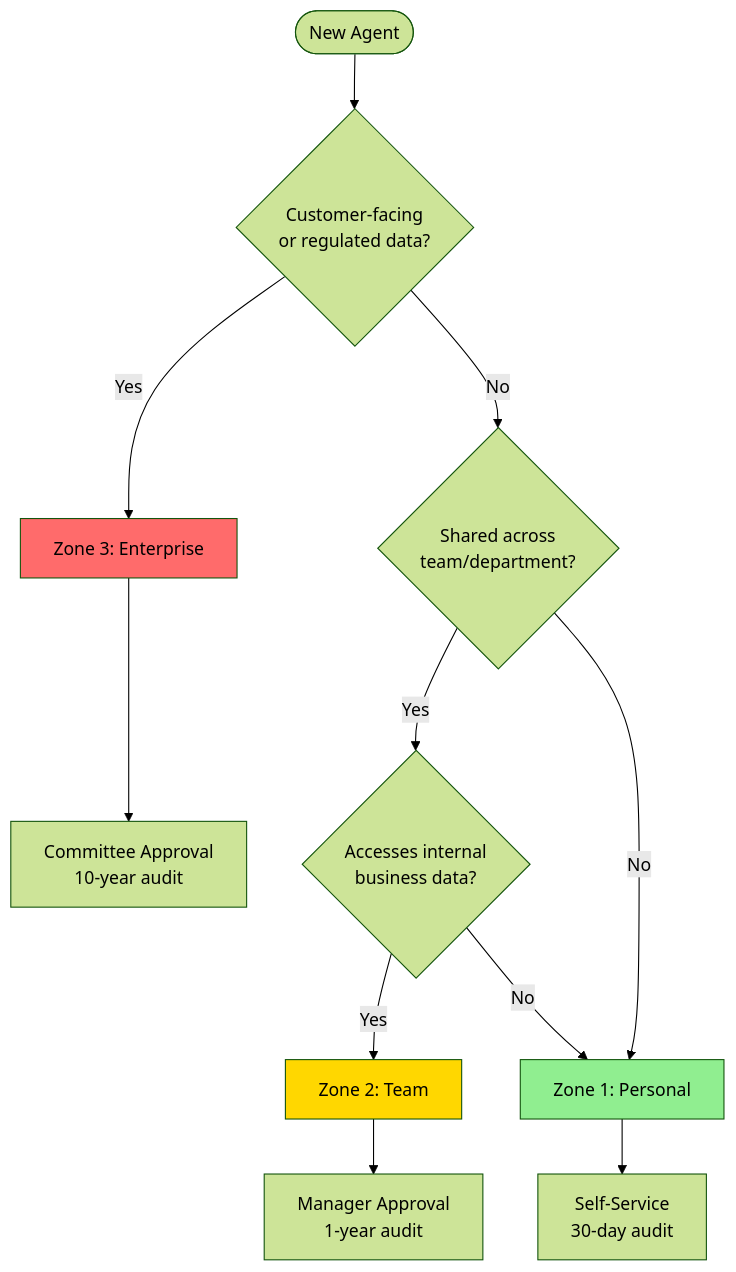
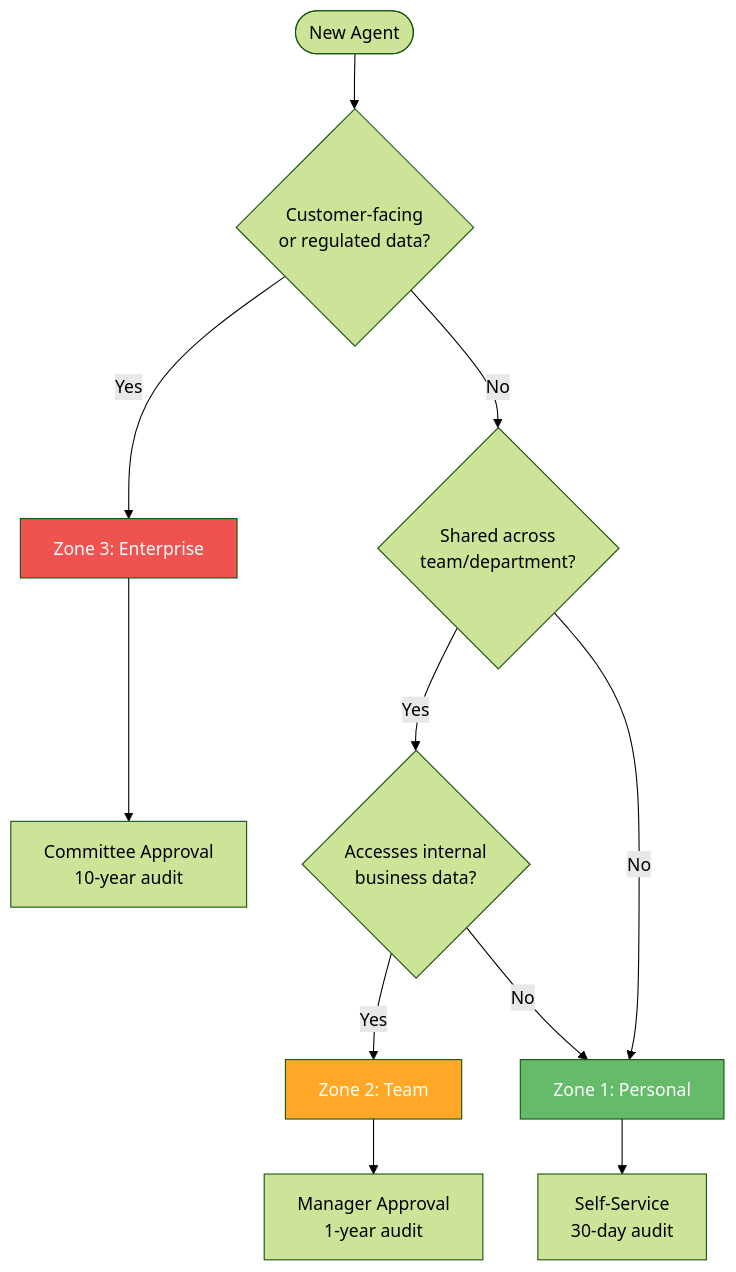
One commit to judeper/FSI-AgentGov changed the second of 2 diagrams in docs/getting-started/zones.md. Above: the diagram before and after it, drawn with Mermaid (forest theme). The commit also changed other lines of this file and 2 other files, not shown here.

Commit message:
Update mermaid diagrams to Material Design color palette
- Replace saturated colors with Material Design 400 series
- Zone colors: Green (#66BB6A), Orange (#FFA726), Red (#EF5350)
- Pillar colors: Blue, Green, Orange, Purple (Material 400)
- Maturity levels: Consistent progression from red to green
- Improves visual consistency and professional appearance

````diff
--- a/docs/getting-started/zones.md
+++ b/docs/getting-started/zones.md
@@ -308,18 +312,18 @@
 ```mermaid
 flowchart TD
     Start([New Agent]) --> Q1{Customer-facing<br/>or regulated data?}
     Q1 -->|Yes| Z3[Zone 3: Enterprise]
     Q1 -->|No| Q2{Shared across<br/>team/department?}
     Q2 -->|Yes| Q3{Accesses internal<br/>business data?}
     Q2 -->|No| Z1[Zone 1: Personal]
     Q3 -->|Yes| Z2[Zone 2: Team]
     Q3 -->|No| Z1
 
     Z1 --> A1[Self-Service<br/>30-day audit]
     Z2 --> A2[Manager Approval<br/>1-year audit]
     Z3 --> A3[Committee Approval<br/>10-year audit]
 
-    style Z1 fill:#90EE90
-    style Z2 fill:#FFD700
-    style Z3 fill:#FF6B6B
+    style Z1 fill:#66BB6A,color:#fff
+    style Z2 fill:#FFA726,color:#fff
+    style Z3 fill:#EF5350,color:#fff
 ```
````
